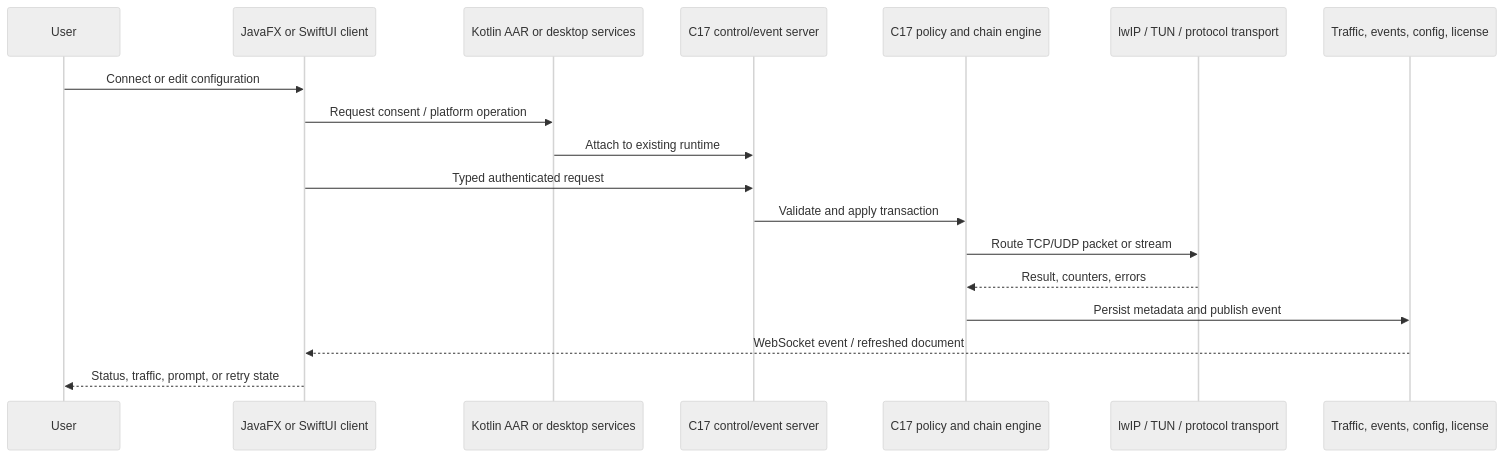
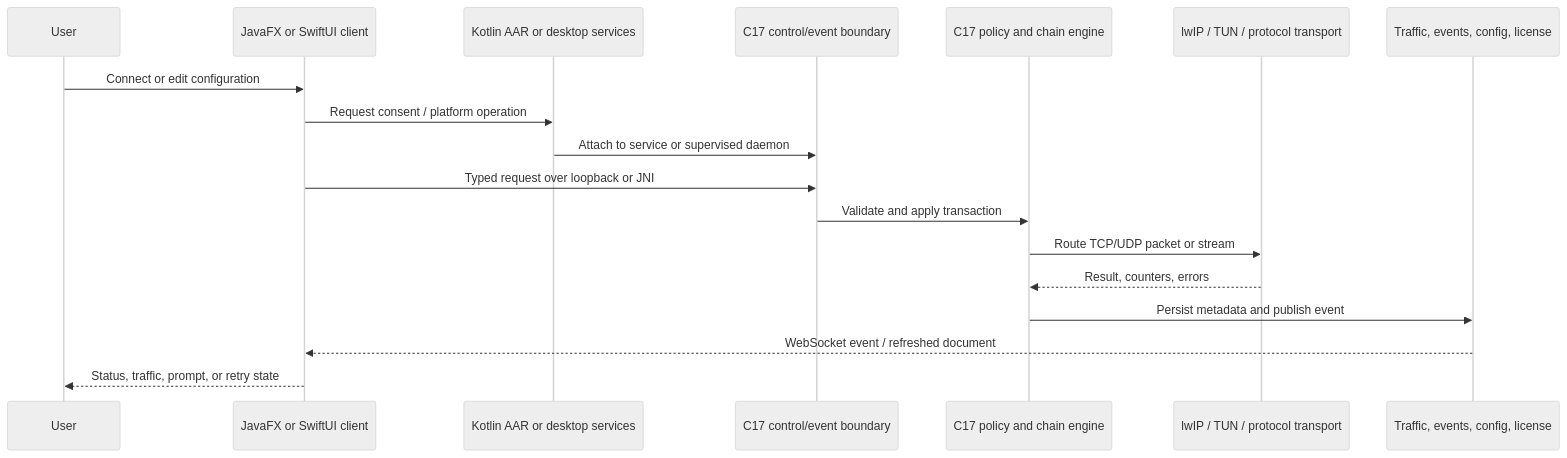
One commit to JohnThre/clambhook changed the second of 4 diagrams in README.md. Above: the diagram before and after it, drawn with Mermaid (neutral theme). The commit also changed other lines of this file and 28 other files, not shown here.

Commit message:
Refresh documentation and diagrams

````diff
--- a/README.md
+++ b/README.md
@@ -69,21 +80,21 @@
 ```mermaid
 sequenceDiagram
     participant User
     participant UI as JavaFX or SwiftUI client
     participant Platform as Kotlin AAR or desktop services
-    participant API as C17 control/event server
+    participant API as C17 control/event boundary
     participant Router as C17 policy and chain engine
     participant Tunnel as lwIP / TUN / protocol transport
     participant Store as Traffic, events, config, license
 
     User->>UI: Connect or edit configuration
     UI->>Platform: Request consent / platform operation
-    Platform->>API: Attach to existing runtime
-    UI->>API: Typed authenticated request
+    Platform->>API: Attach to service or supervised daemon
+    UI->>API: Typed request over loopback or JNI
     API->>Router: Validate and apply transaction
     Router->>Tunnel: Route TCP/UDP packet or stream
     Tunnel-->>Router: Result, counters, errors
     Router->>Store: Persist metadata and publish event
     Store-->>UI: WebSocket event / refreshed document
     UI-->>User: Status, traffic, prompt, or retry state
 ```
````
